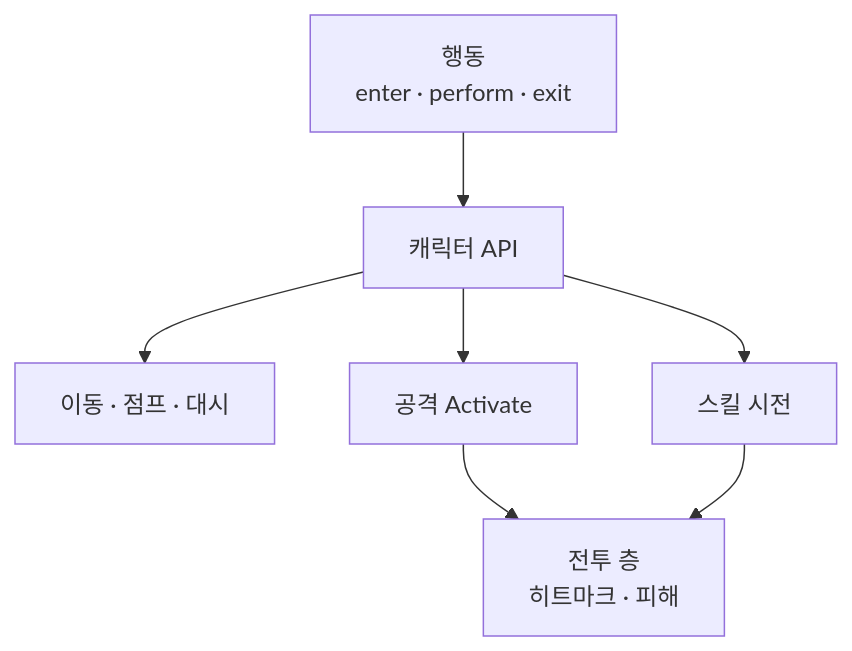
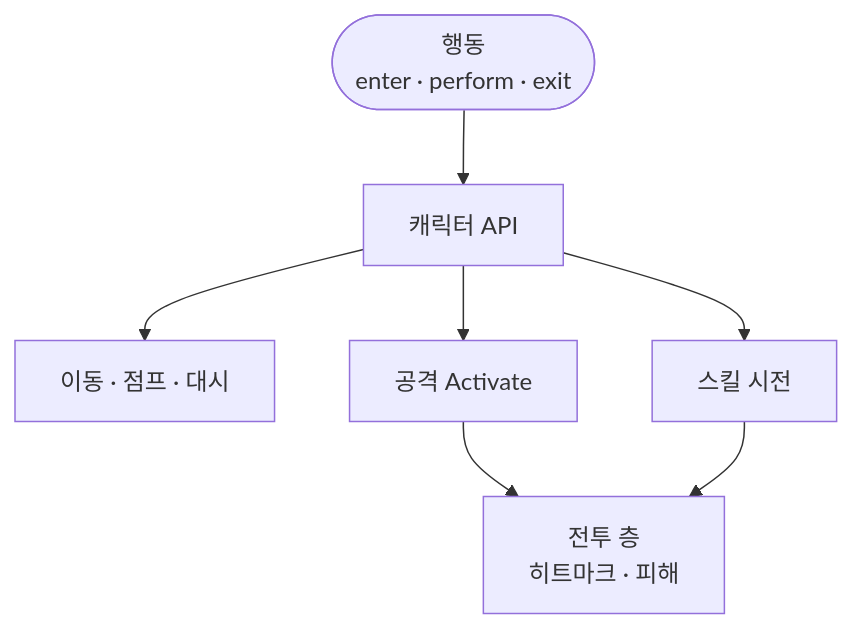
The diagram in notes/dragon-monster-move.md (monet5379/monet5379.github.io), drawn with Mermaid before and after one commit. The commit also changed 8 other files, not shown here.

Commit message:
fix(notes): dragon monster·relic·inventory Mermaid visual

````diff
--- a/notes/dragon-monster-move.md
+++ b/notes/dragon-monster-move.md
@@ -48,9 +48,10 @@
 ```mermaid
 flowchart TD
-  ACT["행동<br/>enter · perform · exit"] --> API["캐릭터 API"]
+  ACT(["행동<br/>enter · perform · exit"])
+  ACT --> API["캐릭터 API"]
   API --> MV["이동 · 점프 · 대시"]
   API --> AT["공격 Activate"]
   API --> SK["스킬 시전"]
   AT --> CM["전투 층<br/>히트마크 · 피해"]
   SK --> CM
 ```
````
